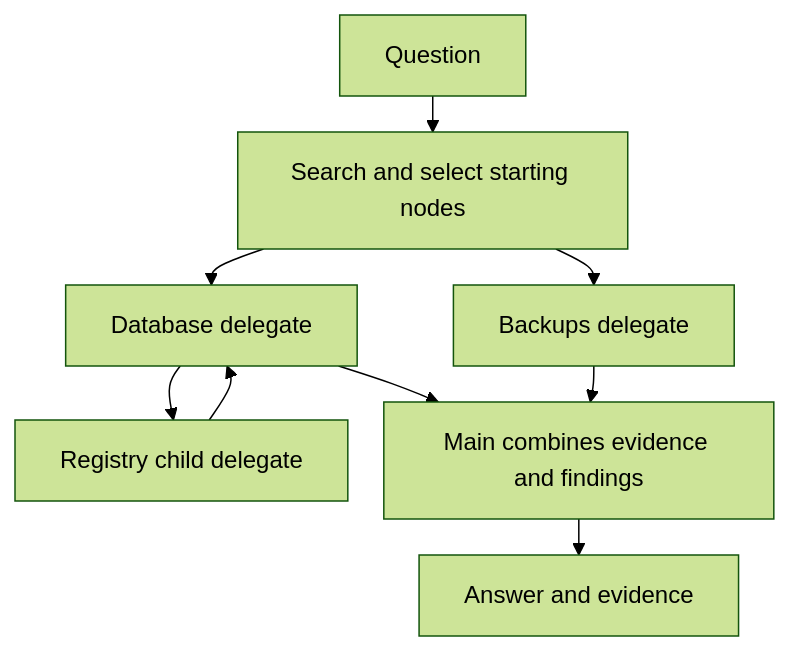
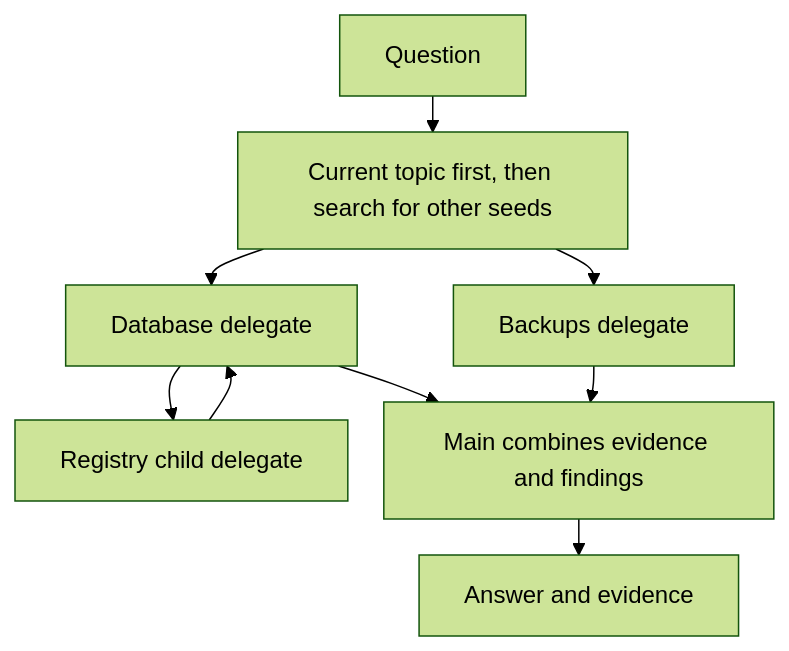
One commit to simjay/llgm changed the diagram in docs/guide/architecture.md. Above: the diagram before and after it, drawn with Mermaid (forest theme). The commit also changed other lines of this file and 104 other files, not shown here.

````diff
--- a/docs/guide/architecture.md
+++ b/docs/guide/architecture.md
@@ -82,12 +81,12 @@
 ```{mermaid}
 %%{init: {'flowchart': {'rankSpacing': 24, 'nodeSpacing': 24}}}%%
 flowchart TD
-    Question[Question] --> Seeds[Search and select starting nodes]
+    Question[Question] --> Seeds[Current topic first, then search for other seeds]
     Seeds --> Database[Database delegate]
     Seeds --> Backups[Backups delegate]
     Database --> Child[Registry child delegate]
     Child --> Database
     Database --> Main[Main combines evidence and findings]
     Backups --> Main
     Main --> Result[Answer and evidence]
 ```
````
